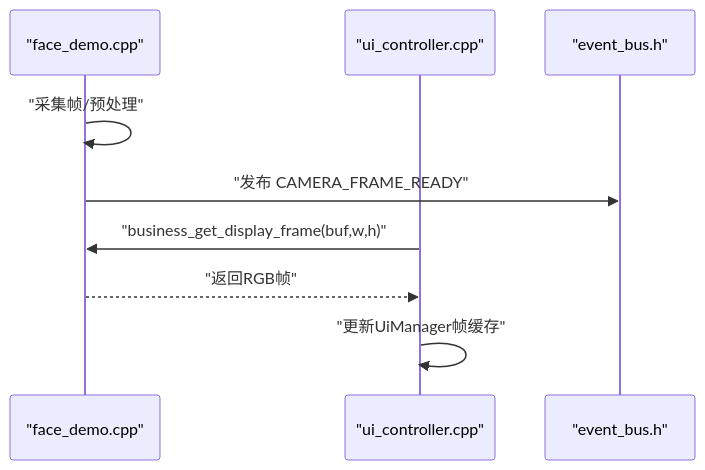
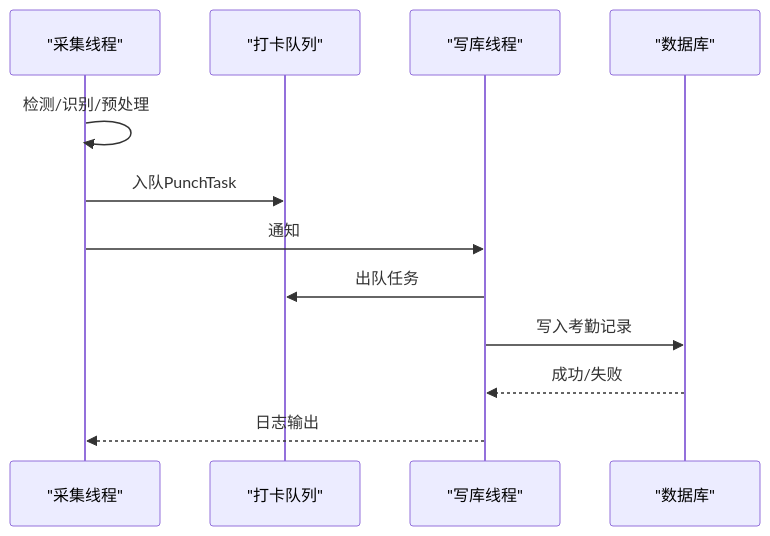
One commit to Drunk552/SmartAttendance changed the fourth of 5 diagrams in .qoder/repowiki/zh/content/故障排除.md. Above: the diagram before and after it, drawn with Mermaid. The commit also changed other lines of this file and 119 other files, not shown here.

````diff
--- a/.qoder/repowiki/zh/content/故障排除.md
+++ b/.qoder/repowiki/zh/content/故障排除.md
@@ -144,11 +159,14 @@
 ```mermaid
 sequenceDiagram
-participant Biz as "face_demo.cpp"
-participant UI as "ui_controller.cpp"
-participant Bus as "event_bus.h"
-Biz->>Biz : "采集帧/预处理"
-Biz->>Bus : "发布 CAMERA_FRAME_READY"
-UI->>Biz : "business_get_display_frame(buf,w,h)"
-Biz-->>UI : "返回RGB帧"
-UI->>UI : "更新UiManager帧缓存"
+participant Cap as "采集线程"
+participant Q as "打卡队列"
+participant Writer as "写库线程"
+participant DB as "数据库"
+Cap->>Cap : 检测/识别/预处理
+Cap->>Q : 入队PunchTask
+Cap->>Writer : 通知
+Writer->>Q : 出队任务
+Writer->>DB : 写入考勤记录
+DB-->>Writer : 成功/失败
+Writer-->>Cap : 日志输出
 ```
````
